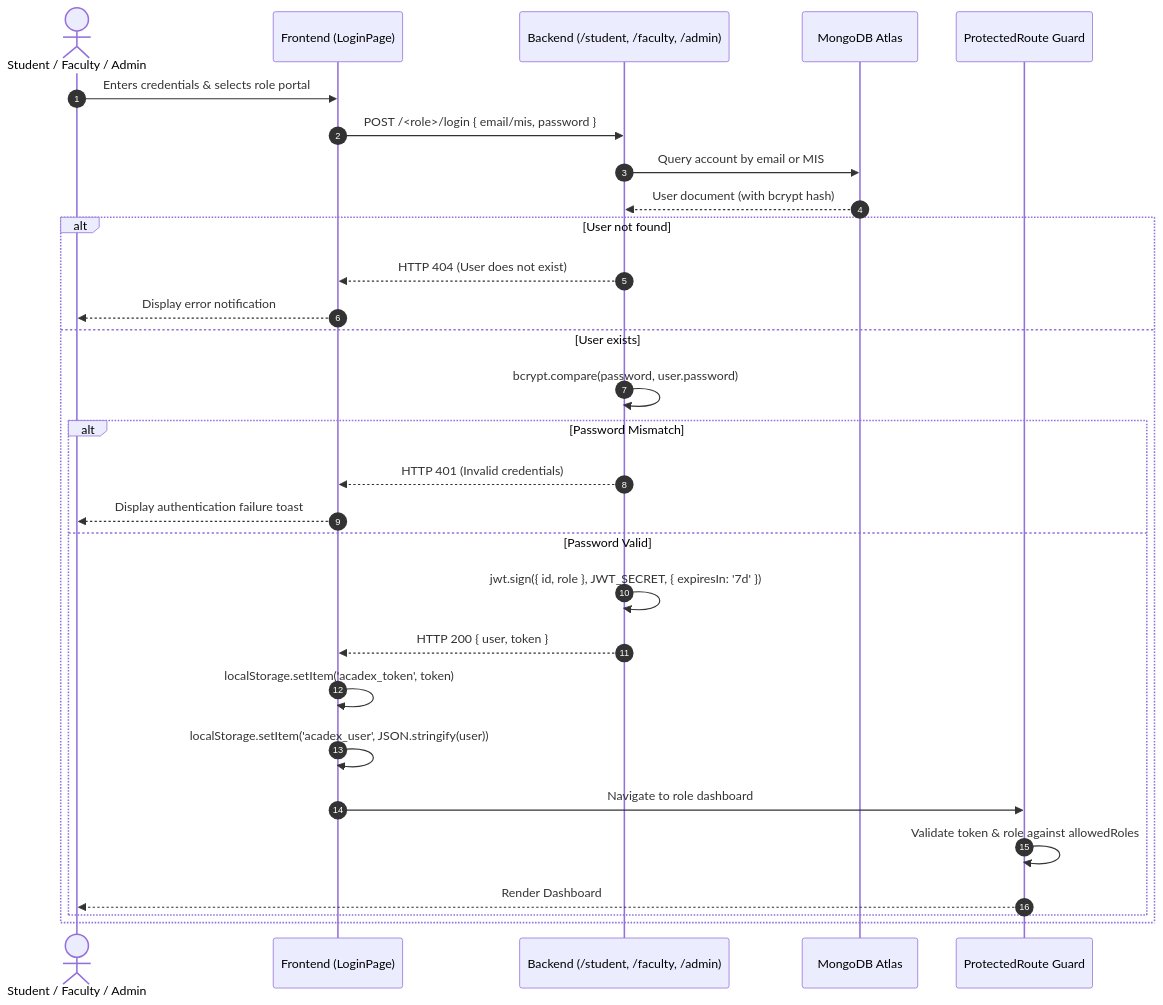
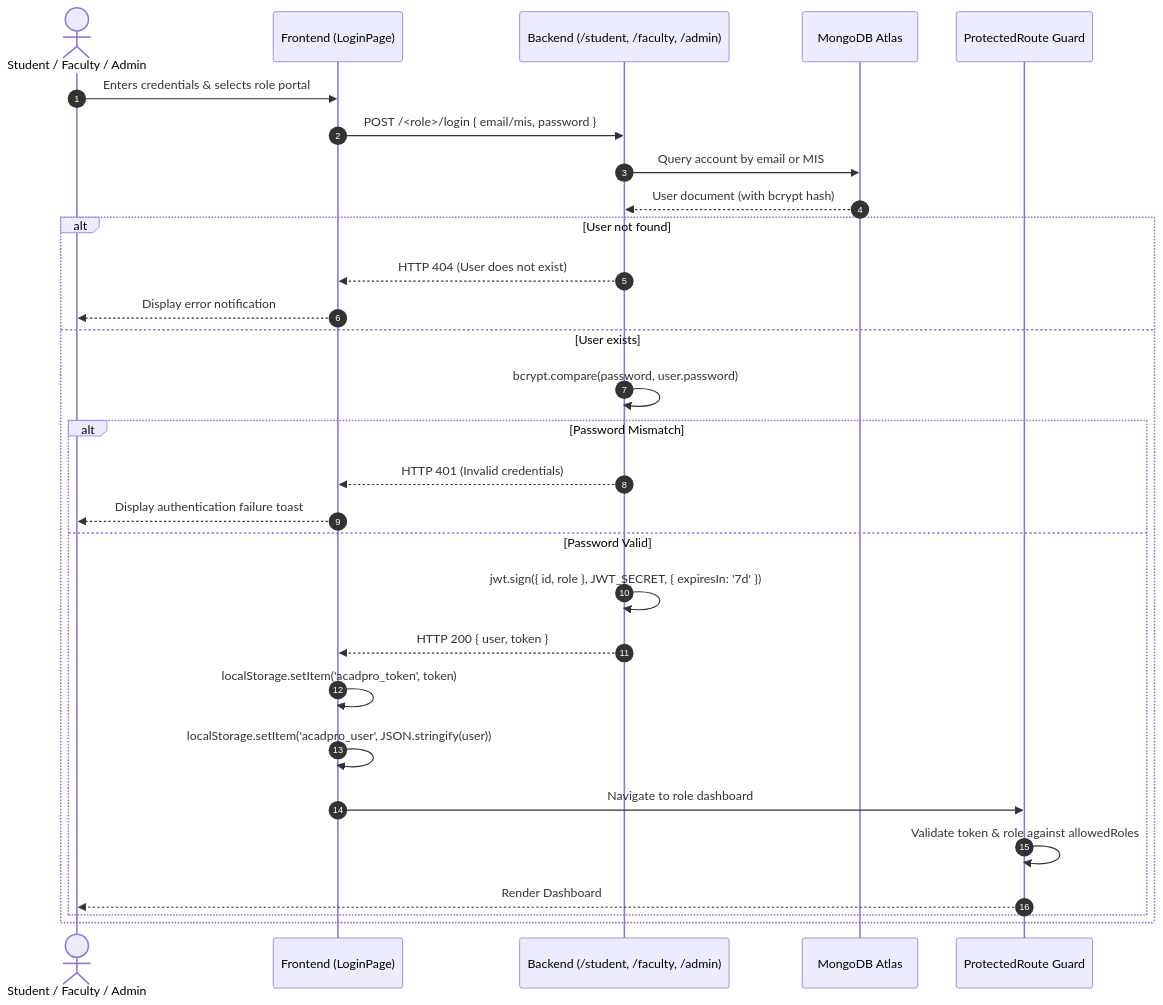
One commit to AshutoshBunkar/AcadPro changed the second of 9 diagrams in Architectural.md. Above: the diagram before and after it, drawn with Mermaid. The commit also changed other lines of this file and 28 other files, not shown here.

````diff
--- a/Architectural.md
+++ b/Architectural.md
@@ -248,33 +248,33 @@
 ```mermaid
 sequenceDiagram
     autonumber
     actor User as Student / Faculty / Admin
     participant Client as Frontend (LoginPage)
     participant AuthAPI as Backend (/student, /faculty, /admin)
     participant DB as MongoDB Atlas
     participant Router as ProtectedRoute Guard
 
     User->>Client: Enters credentials & selects role portal
     Client->>AuthAPI: POST /<role>/login { email/mis, password }
     AuthAPI->>DB: Query account by email or MIS
     DB-->>AuthAPI: User document (with bcrypt hash)
     
     alt User not found
         AuthAPI-->>Client: HTTP 404 (User does not exist)
         Client-->>User: Display error notification
     else User exists
         AuthAPI->>AuthAPI: bcrypt.compare(password, user.password)
         alt Password Mismatch
             AuthAPI-->>Client: HTTP 401 (Invalid credentials)
             Client-->>User: Display authentication failure toast
         else Password Valid
             AuthAPI->>AuthAPI: jwt.sign({ id, role }, JWT_SECRET, { expiresIn: '7d' })
             AuthAPI-->>Client: HTTP 200 { user, token }
-            Client->>Client: localStorage.setItem('acadex_token', token)
-            Client->>Client: localStorage.setItem('acadex_user', JSON.stringify(user))
+            Client->>Client: localStorage.setItem('acadpro_token', token)
+            Client->>Client: localStorage.setItem('acadpro_user', JSON.stringify(user))
             Client->>Router: Navigate to role dashboard
             Router->>Router: Validate token & role against allowedRoles
             Router-->>User: Render Dashboard
         end
     end
 ```
````
